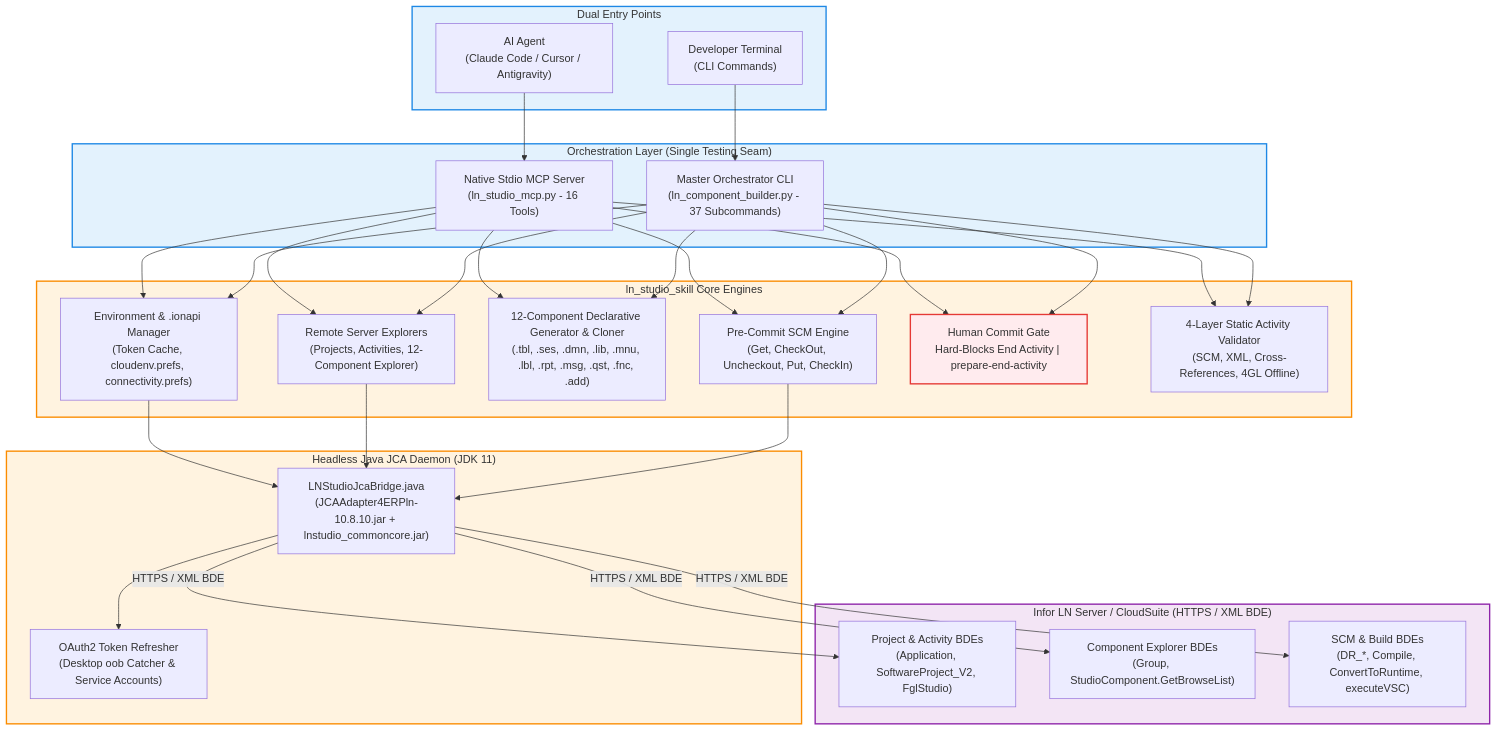
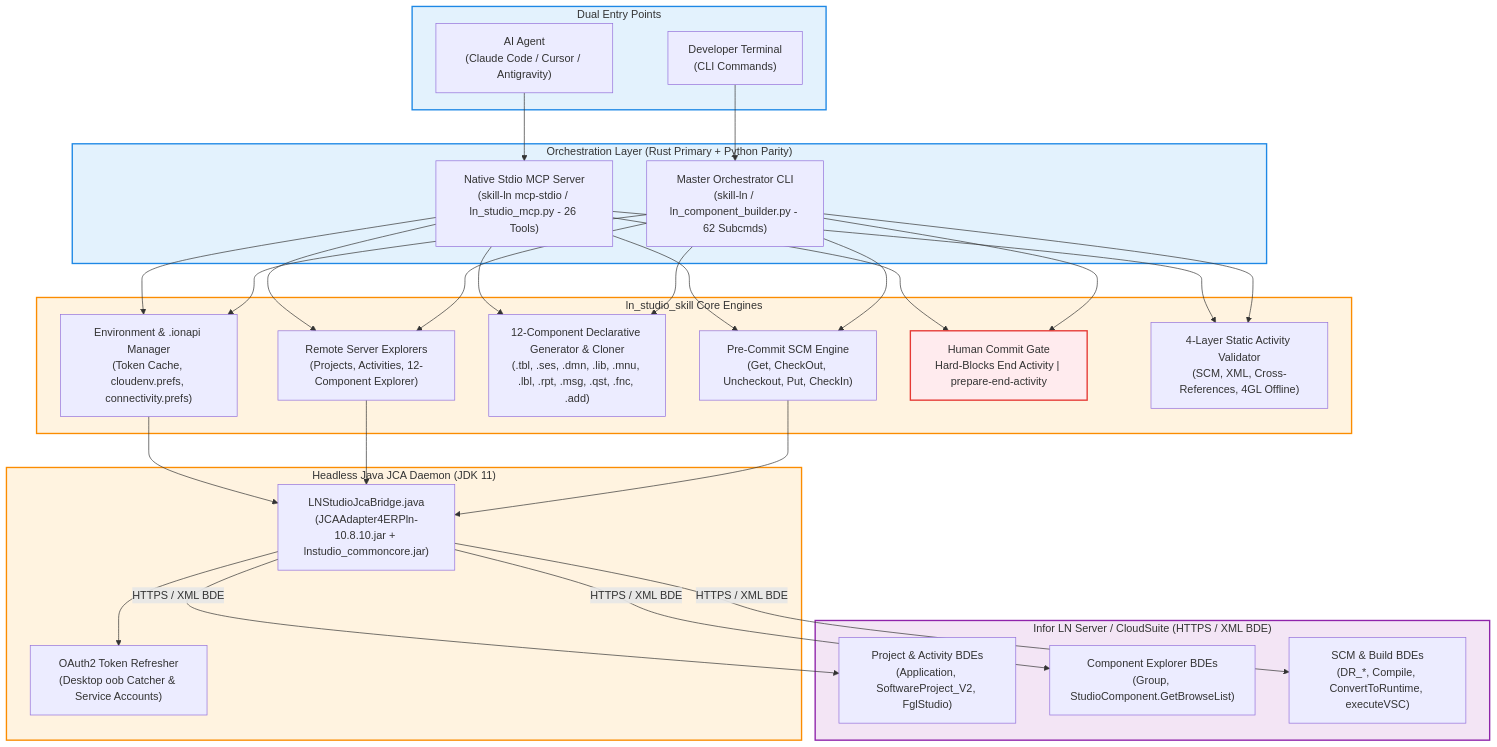
The diagram in .agents/skills/ln_studio_skill/README.md (VerginEvil/Skill_LN), drawn with Mermaid before and after one commit. The commit also changed other lines of this file and 18 other files, not shown here.

Commit message:
chore(ci,docs): add hygiene/parity checks, update SKILL.md and READMEs

````diff
--- a/.agents/skills/ln_studio_skill/README.md
+++ b/.agents/skills/ln_studio_skill/README.md
@@ -50,67 +50,67 @@
 ```mermaid
 flowchart TD
     subgraph Clients["Dual Entry Points"]
         AGENT["AI Agent\n(Claude Code / Cursor / Antigravity)"]
         DEV["Developer Terminal\n(CLI Commands)"]
     end
 
-    subgraph EntryLayers["Orchestration Layer (Single Testing Seam)"]
-        MCP["Native Stdio MCP Server\n(ln_studio_mcp.py - 16 Tools)"]
-        CLI["Master Orchestrator CLI\n(ln_component_builder.py - 37 Subcommands)"]
+    subgraph EntryLayers["Orchestration Layer (Rust Primary + Python Parity)"]
+        MCP["Native Stdio MCP Server\n(skill-ln mcp-stdio / ln_studio_mcp.py - 26 Tools)"]
+        CLI["Master Orchestrator CLI\n(skill-ln / ln_component_builder.py - 62 Subcmds)"]
     end
 
     subgraph CoreEngines["ln_studio_skill Core Engines"]
         ENV["Environment & .ionapi Manager\n(Token Cache, cloudenv.prefs, connectivity.prefs)"]
         EXPLORE["Remote Server Explorers\n(Projects, Activities, 12-Component Explorer)"]
         GEN["12-Component Declarative Generator & Cloner\n(.tbl, .ses, .dmn, .lib, .mnu, .lbl, .rpt, .msg, .qst, .fnc, .add)"]
         SCM["Pre-Commit SCM Engine\n(Get, CheckOut, Uncheckout, Put, CheckIn)"]
         GATE["Human Commit Gate\nHard-Blocks End Activity | prepare-end-activity"]
         VAL["4-Layer Static Activity Validator\n(SCM, XML, Cross-References, 4GL Offline)"]
     end
 
     subgraph Bridge["Headless Java JCA Daemon (JDK 11)"]
         JCA["LNStudioJcaBridge.java\n(JCAAdapter4ERPln-10.8.10.jar + lnstudio_commoncore.jar)"]
         AUTH["OAuth2 Token Refresher\n(Desktop oob Catcher & Service Accounts)"]
     end
 
     subgraph Server["Infor LN Server / CloudSuite (HTTPS / XML BDE)"]
         BDE_PROJ["Project & Activity BDEs\n(Application, SoftwareProject_V2, FglStudio)"]
         BDE_EXP["Component Explorer BDEs\n(Group, StudioComponent.GetBrowseList)"]
         BDE_SCM["SCM & Build BDEs\n(DR_*, Compile, ConvertToRuntime, executeVSC)"]
     end
 
     AGENT --> MCP
     DEV --> CLI
 
     MCP --> ENV
     MCP --> EXPLORE
     MCP --> GEN
     MCP --> SCM
     MCP --> GATE
     MCP --> VAL
 
     CLI --> ENV
     CLI --> EXPLORE
     CLI --> GEN
     CLI --> SCM
     CLI --> GATE
     CLI --> VAL
 
     ENV --> JCA
     EXPLORE --> JCA
     SCM --> JCA
     JCA --> AUTH
 
     JCA -- "HTTPS / XML BDE" --> BDE_PROJ
     JCA -- "HTTPS / XML BDE" --> BDE_EXP
     JCA -- "HTTPS / XML BDE" --> BDE_SCM
 
     classDef blue fill:#e3f2fd,stroke:#1e88e5,stroke-width:2px;
     classDef orange fill:#fff3e0,stroke:#fb8c00,stroke-width:2px;
     classDef purple fill:#f3e5f5,stroke:#8e24aa,stroke-width:2px;
     classDef red fill:#ffebee,stroke:#e53935,stroke-width:2px;
     class Clients,EntryLayers blue;
     class CoreEngines,Bridge orange;
     class GATE red;
     class Server purple;
 ```
````
